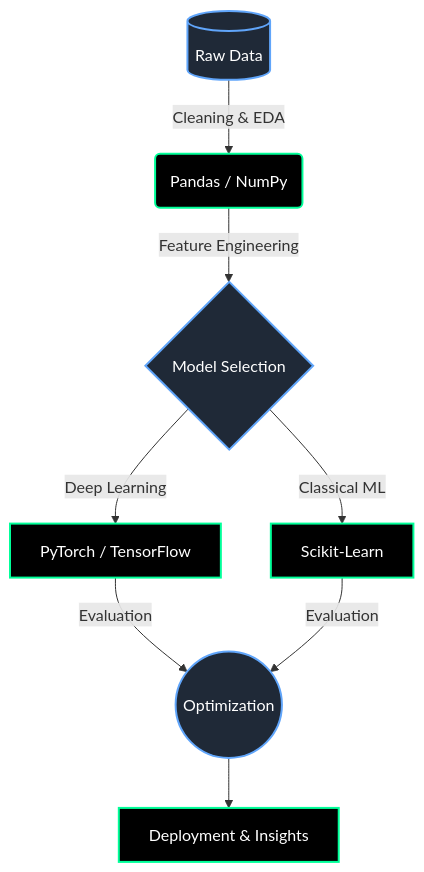
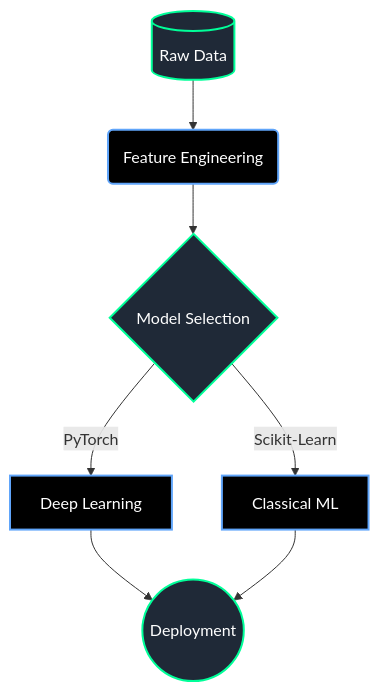
Before and after one commit to tanish-ml/tanish-ml: the diagram in README.md, drawn with Mermaid. The commit also changed other lines of this file and 3 other files, not shown here.

````diff
--- a/README.md
+++ b/README.md
@@ -34,14 +34,12 @@
 ```mermaid
 graph TD;
-    %% Colors %%
-    classDef datafill fill:#1F2937,stroke:#60A5FA,stroke-width:2px,color:#fff;
-    classDef processfill fill:#000000,stroke:#00FF99,stroke-width:2px,color:#fff;
+    classDef core fill:#1F2937,stroke:#00FF99,stroke-width:2px,color:#fff;
+    classDef proc fill:#000000,stroke:#60A5FA,stroke-width:2px,color:#fff;
     
-    A[(Raw Data)]:::datafill -->|Cleaning & EDA| B(Pandas / NumPy):::processfill;
-    B -->|Feature Engineering| C{Model Selection}:::datafill;
-    C -->|Deep Learning| D[PyTorch / TensorFlow]:::processfill;
-    C -->|Classical ML| E[Scikit-Learn]:::processfill;
-    D -->|Evaluation| F((Optimization)):::datafill;
-    E -->|Evaluation| F;
-    F --> G[Deployment & Insights]:::processfill;
+    A[(Raw Data)]:::core --> B(Feature Engineering):::proc;
+    B --> C{Model Selection}:::core;
+    C -->|PyTorch| D[Deep Learning]:::proc;
+    C -->|Scikit-Learn| E[Classical ML]:::proc;
+    D --> F((Deployment)):::core;
+    E --> F;
 ```
````
